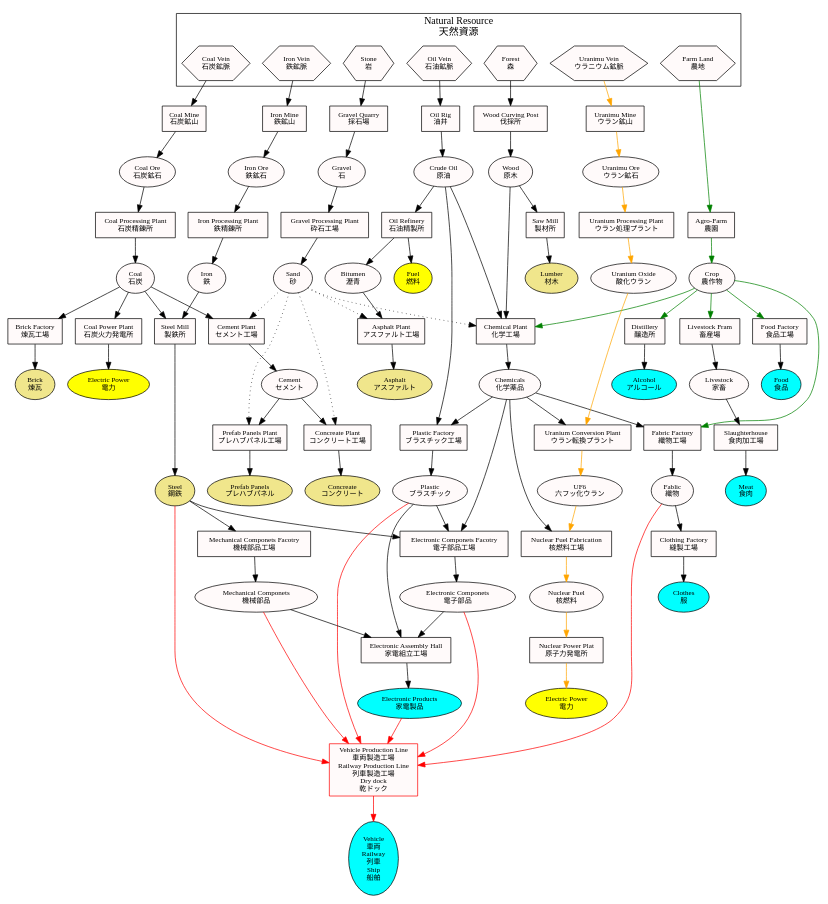
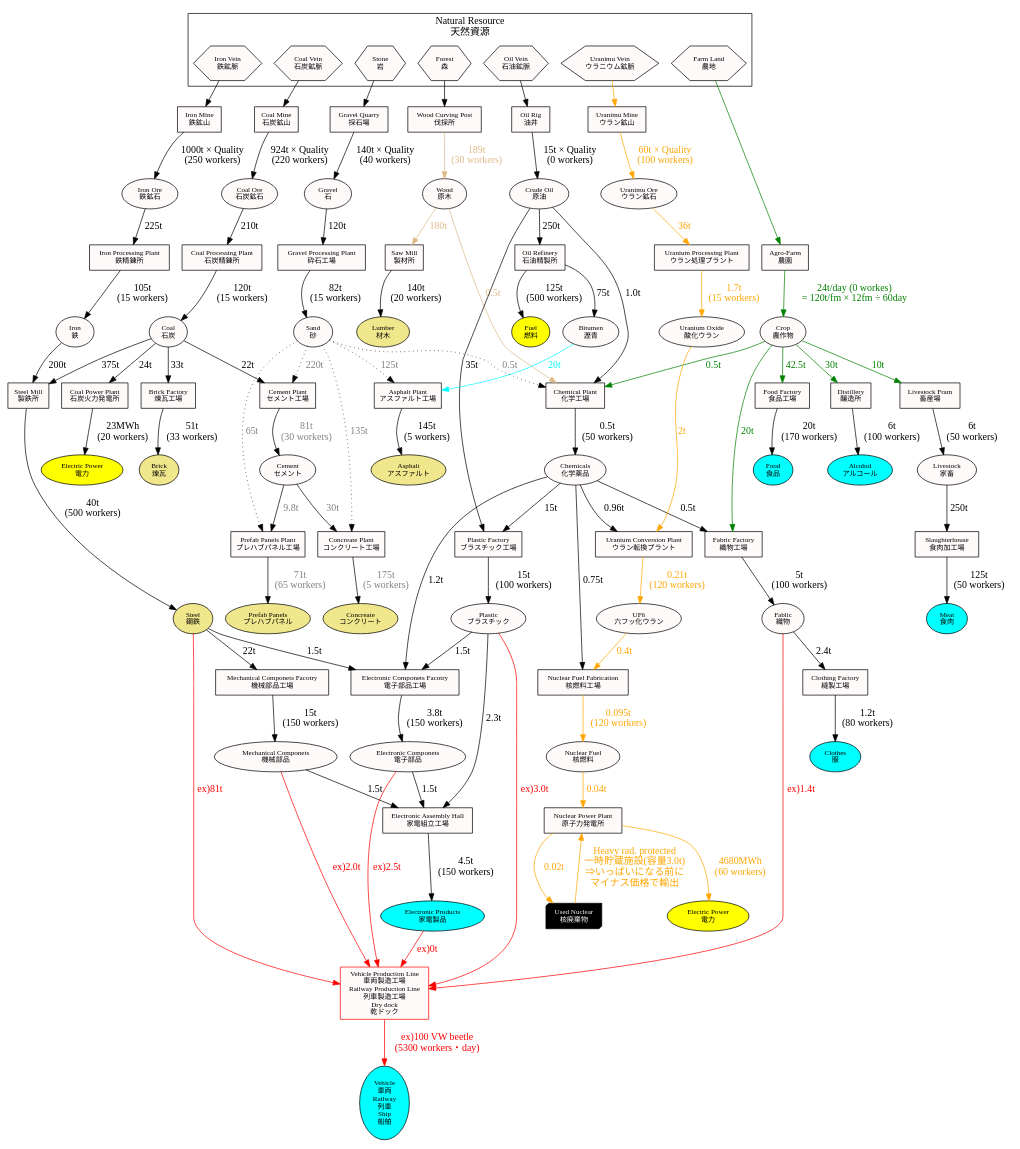
Before and after one commit to kagyuu/W-R_SovietRepublic: the diagram in resource.gv, drawn with Graphviz. The commit also changed 1 other file, not shown here.

Commit message:
Update the resource graph

```diff
--- a/resource.gv
+++ b/resource.gv
@@ -16,13 +16,19 @@
     sawmill [label="Saw Mill\n製材所", shape="box"]
     wood [label="Wood\n原木",shape="oval"]
     lumber [label="Lumber\n材木",shape="oval",fillcolor="khaki"]
-    forest -> wc -> wood -> sawmill -> lumber
+    forest -> wc
+    wc -> wood [color="burlywood",fontcolor="burlywood",label="189t\n(30 workers)"]
+    wood -> sawmill [color="burlywood",fontcolor="burlywood",label="180t"]
+    sawmill -> lumber [label="140t\n(20 workers)"]
 
     iM [label="Iron Mine\n鉄鉱山",shape="box"]
     iO [label="Iron Ore\n鉄鉱石",shape="oval"]
     iP [label="Iron Processing Plant\n鉄精錬所",shape="box"]
     iron [label="Iron\n鉄", shape="oval"]
-    iV -> iM -> iO -> iP ->iron
+    iV -> iM
+    iM -> iO [label="1000t × Quality\n(250 workers)"]
+    iO -> iP [label="225t"]
+    iP ->iron [label="105t\n(15 workers)"]
 
     cM [label="Coal Mine\n石炭鉱山",shape="box"]
     cO [label="Coal Ore\n石炭鉱石",shape="oval"]
@@ -30,7 +36,12 @@
     coal [label="Coal\n石炭", shape="oval"]
     cPP [label="Coal Power Plant\n石炭火力発電所", shape="box"]
     electric [label="Electric Power\n電力", shape="oval", fillcolor="yellow"]
-    cV -> cM -> cO -> cP -> coal -> cPP -> electric
+    cV -> cM
+    cM -> cO [label="924t × Quality\n(220 workers)"]
+    cO -> cP [label="210t"]
+    cP -> coal [label="120t\n(15 workers)"]
+    coal -> cPP [label="24t"]
+    cPP -> electric [label="23MWh\n(20 workers)"]
 
     oM [label="Oil Rig\n油井",shape="box"]
     oil [label="Crude Oil\n原油",shape="oval"]
@@ -40,121 +51,142 @@
     ap [label="Asphalt Plant\nアスファルト工場", shape="box"]
     asphalt [label="Asphalt\nアスファルト", shape="oval",fillcolor="khaki"]
     
-    oV -> oM -> oil -> oP -> fuel
-    oP -> bitumen -> ap -> asphalt
+    oV -> oM
+    oM -> oil [label="15t × Quality\n(0 workers)"]
+    oil -> oP [label="250t"]
+    oP -> fuel [label="125t\n(500 workers)"]
+    oP -> bitumen [label="75t"]
+
+    bitumen -> ap [color="cyan",fontcolor="cyan",label="20t"]
+    ap -> asphalt [label="145t\n(5 workers)"]
 
     gQ [label="Gravel Quarry\n採石場", shape="box"]
     gravel [label="Gravel\n石", shappe="oval"]
     gP [label="Gravel Processing Plant\n砕石工場", shape="box"]
     sand [label="Sand\n砂", shape="oval"]
 
-    stone->gQ->gravel->gP->sand
-    sand -> ap [style="dotted"]
+    stone->gQ
+    gQ->gravel [label="140t × Quality\n(40 workers)"]
+    gravel->gP [label="120t"]
+    gP->sand [label="82t\n(15 workers)"]
+    sand -> ap [style="dotted",label="125t",fontcolor="gray"]
 
     steelmill [label="Steel Mill\n製鉄所", shape="box"]
     steel [label="Steel\n鋼鉄", shape="oval",fillcolor="khaki"]
-    iron -> steelmill
-    coal -> steelmill
-    steelmill -> steel
+    iron -> steelmill [label="200t"]
+    coal -> steelmill [label="375t"]
+    steelmill -> steel [label="40t\n(500 workers)"]
+
 
     bf [label="Brick Factory\n煉瓦工場", shape="box"]
     brick [label="Brick\n煉瓦", shape="oval",fillcolor="khaki"]
-    coal -> bf -> brick
+    coal -> bf [label="33t"]
+    bf -> brick [label="51t\n(33 workers)"]
 
     chemP [label="Chemical Plant\n化学工場", shape="box"]
     chem  [label="Chemicals\n化学薬品", shaple="oval"]
-    wood -> chemP
-    sand -> chemP [style="dotted"]
-    oil  -> chemP
-    crop -> chemP [color="green"]
-    chemP -> chem
+    wood -> chemP [color="burlywood",fontcolor="burlywood",label="0.5t"]
+    sand -> chemP [style="dotted",fontcolor="gray",label="0.5t"]
+    oil  -> chemP [label="1.0t"]
+    crop -> chemP [color="green",fontcolor="green",label="0.5t"]
+    chemP -> chem [label="0.5t\n(50 workers)"]
 
     plasticP [label="Plastic Factory\nブラスチック工場", shape="box"]
     plastic  [label="Plastic\nブラスチック", shaple="oval"]
-    chem -> plasticP
-    oil -> plasticP
-    plasticP -> plastic
+    chem -> plasticP [label="15t"]
+    oil -> plasticP [label="35t"]
+    plasticP -> plastic [label="15t\n(100 workers)"]
 
     mechFactory [label="Mechanical Componets Facotry\n機械部品工場", shape="box"]
     mechComponet [label="Mechanical Componets\n機械部品", shape="oval"]
-    steel -> mechFactory -> mechComponet
+    steel -> mechFactory [label="22t"]
+    mechFactory -> mechComponet [label="15t\n(150 workers)"]
 
     elecFactory [label="Electronic Componets Facotry\n電子部品工場", shape="box"]
     elecComponent [label="Electronic Componets\n電子部品", shape="oval"]
 
-    chem -> elecFactory
-    plastic -> elecFactory
-    steel -> elecFactory
-    elecFactory -> elecComponent
+    chem -> elecFactory [label="1.2t"]
+    plastic -> elecFactory [label="1.5t"]
+    steel -> elecFactory [label="1.5t"]
+    elecFactory -> elecComponent [label="3.8t\n(150 workers)"]
 
     elecAssembly [label="Electronic Assembly Hall\n家電組立工場", shape="box"]
     elecProducts [label="Electronic Products\n家電製品", shape="oval", fillcolor="cyan"]
 
-    elecComponent -> elecAssembly
-    plastic -> elecAssembly
-    mechComponet -> elecAssembly
-    elecAssembly -> elecProducts
+    elecComponent -> elecAssembly [label="1.5t"]
+    plastic -> elecAssembly [label="2.3t"]
+    mechComponet -> elecAssembly [label="1.5t"]
+    elecAssembly -> elecProducts [label="4.5t\n(150 workers)"]
 
     fF [label="Fabric Factory\n織物工場", shape="box"]
     fabric [label="Fablic\n織物", shape="oval"]
     cF [label="Clothing Factory\n縫製工場", shape="box"]
     clothes [label="Clothes\n服", shape="oval",fillcolor="cyan"]
-    crop -> fF  [color="green"]
-    chem -> fF -> fabric -> cF -> clothes
+    crop -> fF [color="green",fontcolor="green",label="20t"]
+    chem -> fF [label="0.5t"] 
+    fF -> fabric [label="5t\n(100 workers)"]
+    fabric -> cF [label="2.4t"] 
+    cF -> clothes [label="1.2t\n(80 workers)"]
 
     cementPlant [label="Cement Plant\nセメント工場", shape="box"]
     cement [label="Cement\nセメント"]
-    sand -> cementPlant [style="dotted"]
-    coal -> cementPlant
-    cementPlant -> cement
+    sand -> cementPlant [style="dotted",label="220t",fontcolor="gray"]
+    coal -> cementPlant [label="22t"]
+    cementPlant -> cement [label="81t\n(30 workers)",fontcolor="gray"]
 
     concreatePlant [label="Concreate Plant\nコンクリート工場", shape="box"]
     concreate [label="Concreate\nコンクリート", fillcolor="khaki"]
-    sand -> concreatePlant [style="dotted"]
-    cement -> concreatePlant
-    concreatePlant -> concreate
+    sand -> concreatePlant [style="dotted",label="135t",fontcolor="gray"]
+    cement -> concreatePlant [label="30t",fontcolor="gray"]
+    concreatePlant -> concreate [label="175t\n(5 workers)",fontcolor="gray"]
 
     prefabPPlant [label="Prefab Panels Plant\nプレハブパネル工場", shape="box"]
     prefabP [label="Prefab Panels\nプレハブパネル", fillcolor="khaki"]
-    sand -> prefabPPlant [style="dotted"]
-    cement -> prefabPPlant
-    prefabPPlant -> prefabP
+    sand -> prefabPPlant [style="dotted",label="65t",fontcolor="gray"]
+    cement -> prefabPPlant [label="9.8t",fontcolor="gray"]
+    prefabPPlant -> prefabP [label="71t\n(65 workers)",fontcolor="gray"]
 
     prefabPPlant [label="Prefab Panels Plant\nプレハブパネル工場", shape="box"]
 
     agroFarm [label="Agro-Farm\n農園", shape="box"]
     crop [label="Crop\n農作物", shape="oval"]
-    farmland -> agroFarm -> crop [color="green"]
+    farmland -> agroFarm [color="green"]
+    agroFarm -> crop [color="green",fontcolor="green",label="24t/day (0 workes)\n = 120t/fm × 12fm ÷ 60day"]
 
     livestockFarm [label="Livestock Fram\n畜産場",shape="box"]
     livestock [label="Livestock\n家畜",shape="oval"]
     slaughterhouse [label="Slaughterhouse\n食肉加工場",shape="box"]
     meat [label="Meat\n食肉",shape="oval",fillcolor="cyan"]
 
-    crop -> livestockFarm [color="green"]
-    livestockFarm -> livestock -> slaughterhouse -> meat
+    crop -> livestockFarm [color="green",fontcolor="green",label="10t"]
+    livestockFarm -> livestock [label="6t\n(50 workers)"]
+    livestock -> slaughterhouse [label="250t"]
+    slaughterhouse -> meat [label="125t\n(50 workers)"]
     
     foodFacotry [label="Food Factory\n食品工場", shape="box"]
     food [label="Food\n食品", shape="oval", fillcolor="cyan"]
 
-    crop -> foodFacotry [color="green"]
-    foodFacotry -> food
+    crop -> foodFacotry [color="green",fontcolor="green",label="42.5t"]
+    foodFacotry -> food [label="20t\n(170 workers)"]
 
     distillery [label="Distillery\n醸造所", shape="box"]
     alcohol [label="Alcohol\nアルコール", shape="oval", fillcolor="cyan"]
 
-    crop -> distillery [color="green"]
-    distillery -> alcohol
+    crop -> distillery [color="green",fontcolor="green",label="30t"]
+    distillery -> alcohol [label="6t\n(100 workers)"]
 
     vehicleP [label="Vehicle Production Line\n車両製造工場\nRailway Production Line\n列車製造工場\nDry dock\n乾ドック", shape="box",color="red"]
     vehicle [label="Vehicle\n車両\nRailway\n列車\nShip\n船舶", shape="oval",fillcolor="cyan"]
-    plastic -> vehicleP [color="red"]
-    mechComponet -> vehicleP [color="red"]
-    elecComponent -> vehicleP [color="red"]
-    elecProducts -> vehicleP [color="red"]
-    fabric -> vehicleP [color="red"]
-    steel -> vehicleP [color="red"]
-    vehicleP -> vehicle [color="red"]
+    {
+        edge [color="red",fontcolor="red"]
+        plastic -> vehicleP [label="ex)3.0t"]
+        mechComponet -> vehicleP [label="ex)2.0t"]
+        elecComponent -> vehicleP [label="ex)2.5t"]
+        elecProducts -> vehicleP [label="ex)0t"]
+        fabric -> vehicleP [label="ex)1.4t"]
+        steel -> vehicleP [label="ex)81t"]
+        vehicleP -> vehicle [label="ex)100 VW beetle\n(5300 workers・day)"]
+    }
 
     uM [label="Uranimu Mine\nウラン鉱山",shape="box"]
     uO [label="Uranimu Ore\nウラン鉱石",shape="oval"]
@@ -164,10 +196,25 @@
     uF6 [label="UF6\n六フッ化ウラン", shape="oval"]
     nFF [label="Nuclear Fuel Fabrication\n核燃料工場",shape="box"]
     nF  [label="Nuclear Fuel\n核燃料",shape="oval"]
-    nPP [label="Nuclear Power Plat\n原子力発電所", shape="box"]
+    nPP [label="Nuclear Power Plant\n原子力発電所", shape="box"]
     electric2 [label="Electric Power\n電力", shape="oval", fillcolor="yellow"]
-    uV -> uM -> uO -> uPP -> uOx -> uCP -> uF6 -> nFF -> nF -> nPP -> electric2 [color="orange"]
-    chem -> uCP
-    chem -> nFF
+    uNuc [label="Used Nuclear\n核廃棄物", shape="box3d", fontcolor="snow", fillcolor="black"]
+    {
+        edge [color="orange", fontcolor="orange"]
+        uV -> uM
+        uM -> uO [label="60t × Quality\n(100 workers)"]
+        uO -> uPP [label="36t"]
+        uPP -> uOx [label="1.7t\n(15 workers)"]
+        uOx -> uCP [label="2t"]
+        uCP -> uF6 [label="0.21t\n(120 workers)"]
+        uF6 -> nFF [label="0.4t"]
+        nFF -> nF [label="0.095t\n(120 workers)"]
+        nF -> nPP [label="0.04t"]
+        nPP -> electric2  [label="4680MWh\n(60 workers)"]
+        nPP -> uNuc [label="0.02t"]
+        uNuc -> nPP [label="Heavy rad. protected\n一時貯蔵施設(容量3.0t)\n⇒いっぱいになる前に\nマイナス価格で輸出"]
+    }
+    chem -> uCP [label="0.96t"]
+    chem -> nFF [label="0.75t"]
 
 }
```
